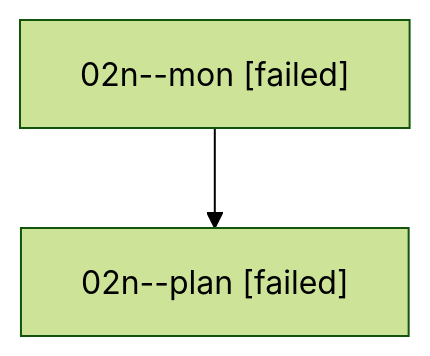
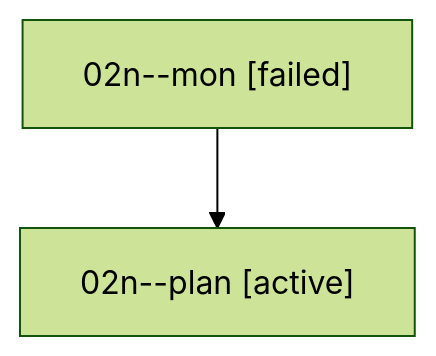
One commit to sase-org/sase--agents changed the diagram in families/bbugyi200.athena.02n.md. Above: the diagram before and after it, drawn with Mermaid (forest theme). The commit also changed other lines of this file and 35830 other files, not shown here.

````diff
--- a/families/bbugyi200.athena.02n.md
+++ b/families/bbugyi200.athena.02n.md
@@ -9,6 +9,6 @@
 ```mermaid
 flowchart TD
   n0["02n--mon [failed]"]
-  n1["02n--plan [failed]"]
+  n1["02n--plan [active]"]
   n0 --> n1
 ```
````
